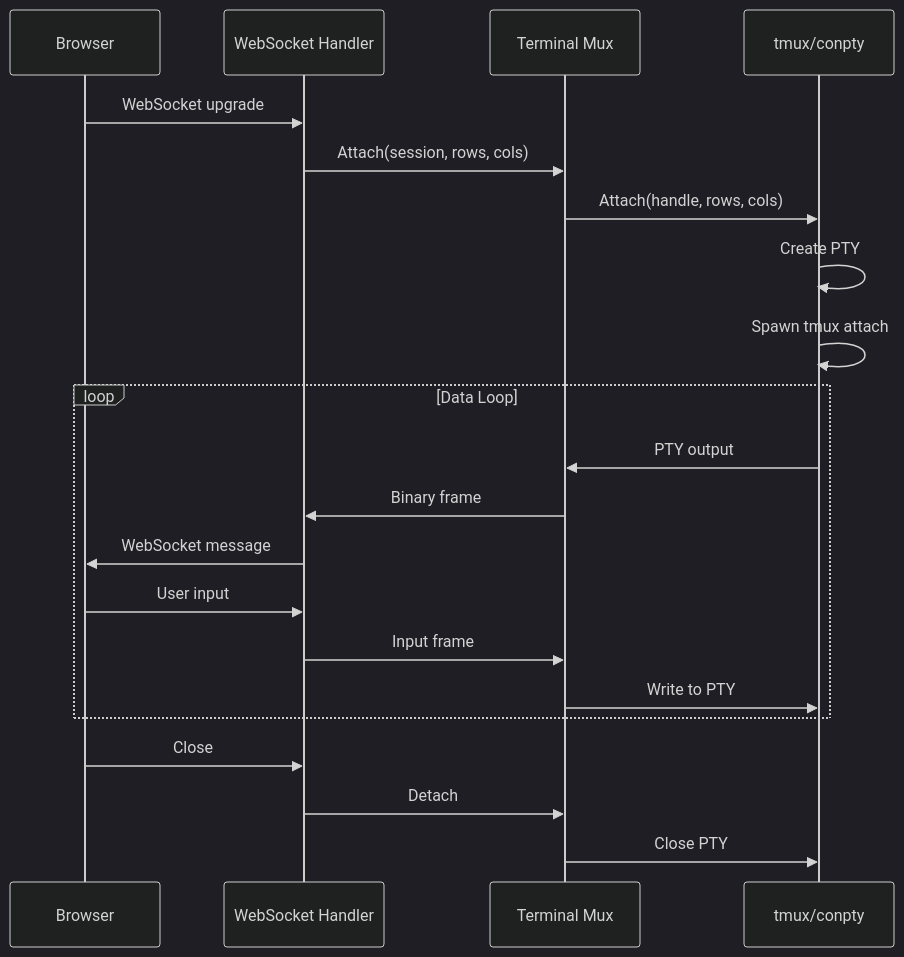
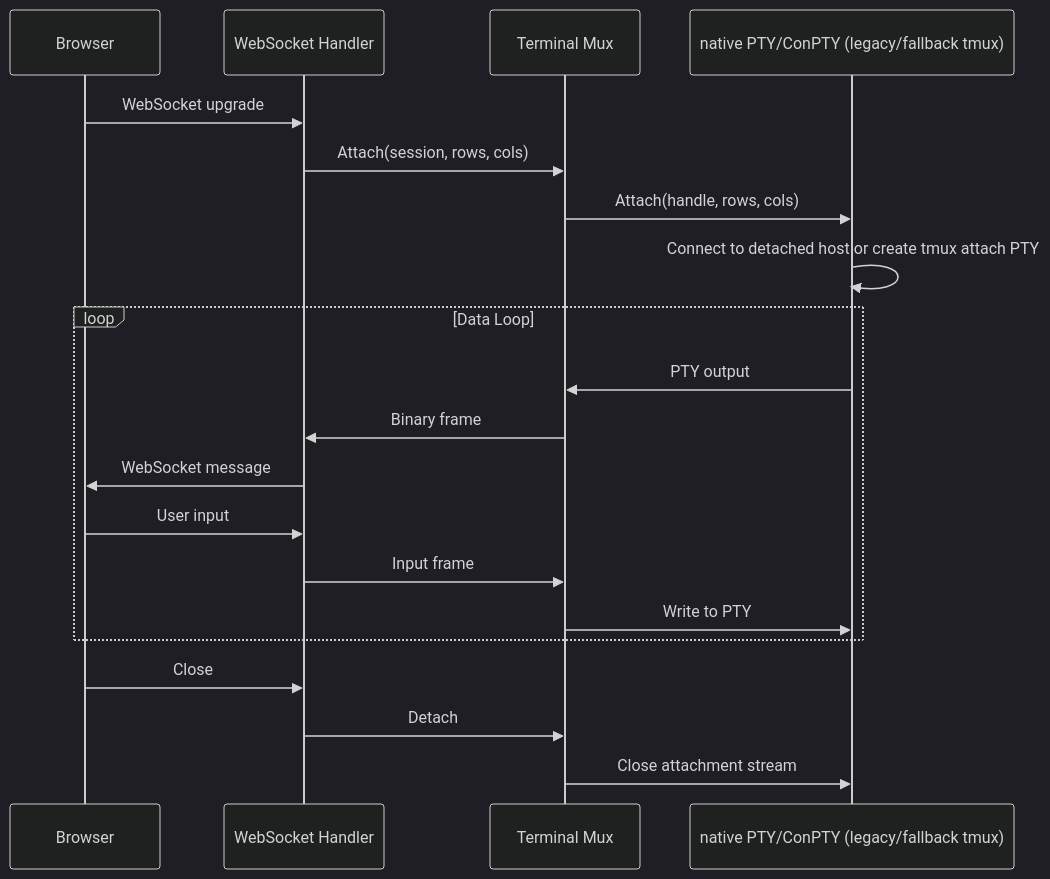
One commit to OrchestratorInc/agent-orchestrator changed diagram 24 of 24 in docs/architecture.md. Above: the diagram before and after it, drawn with Mermaid (dark theme). The commit also changed other lines of this file and 48 other files, not shown here.

````diff
--- a/docs/architecture.md
+++ b/docs/architecture.md
@@ -1012,28 +1012,27 @@
 ```mermaid
 sequenceDiagram
     participant Client as Browser
     participant WS as WebSocket Handler
     participant Mux as Terminal Mux
-    participant Runtime as tmux/conpty
+    participant Runtime as native PTY/ConPTY (legacy/fallback tmux)
 
     Client->>WS: WebSocket upgrade
     WS->>Mux: Attach(session, rows, cols)
     Mux->>Runtime: Attach(handle, rows, cols)
 
-    Runtime->>Runtime: Create PTY
-    Runtime->>Runtime: Spawn tmux attach
+    Runtime->>Runtime: Connect to detached host or create tmux attach PTY
 
     loop Data Loop
         Runtime->>Mux: PTY output
         Mux->>WS: Binary frame
         WS->>Client: WebSocket message
 
         Client->>WS: User input
         WS->>Mux: Input frame
         Mux->>Runtime: Write to PTY
     end
 
     Client->>WS: Close
     WS->>Mux: Detach
-    Mux->>Runtime: Close PTY
+    Mux->>Runtime: Close attachment stream
 ```
````
